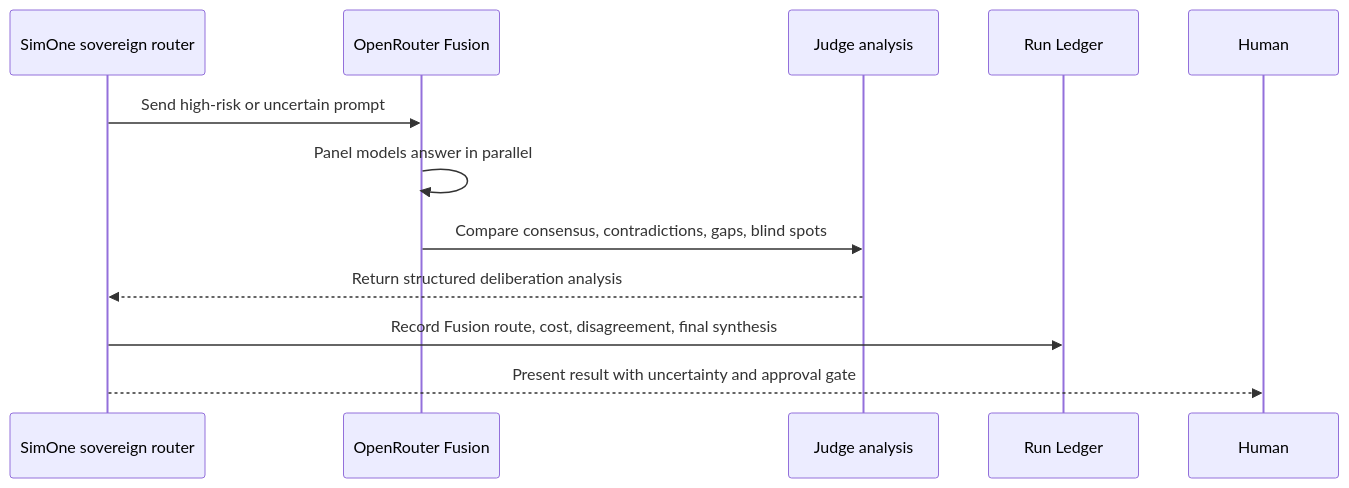
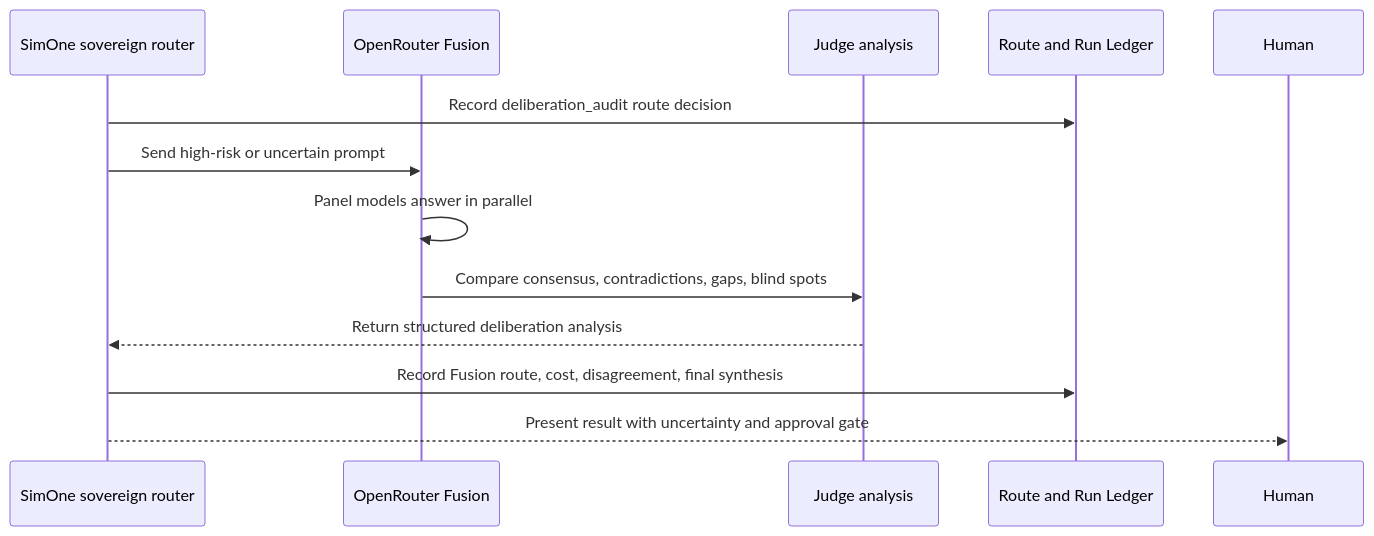
The sixth of 8 diagrams in doc/product/simone-agent-flows.md (Sistemist/SimOne-Workbench), drawn with Mermaid before and after one commit. The commit also changed other lines of this file and 13 other files, not shown here.

````diff
--- a/doc/product/simone-agent-flows.md
+++ b/doc/product/simone-agent-flows.md
@@ -119,15 +120,16 @@
 ```mermaid
 sequenceDiagram
   participant R as SimOne sovereign router
   participant O as OpenRouter Fusion
   participant J as Judge analysis
-  participant L as Run Ledger
+  participant L as Route and Run Ledger
   participant U as Human
 
+  R->>L: Record deliberation_audit route decision
   R->>O: Send high-risk or uncertain prompt
   O->>O: Panel models answer in parallel
   O->>J: Compare consensus, contradictions, gaps, blind spots
   J-->>R: Return structured deliberation analysis
   R->>L: Record Fusion route, cost, disagreement, final synthesis
   R-->>U: Present result with uncertainty and approval gate
 ```
````
